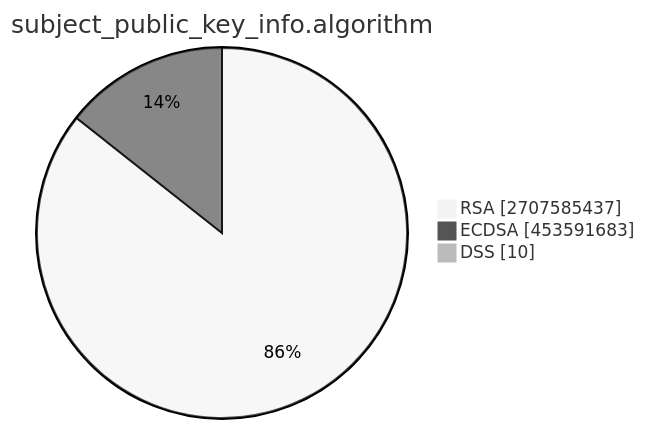
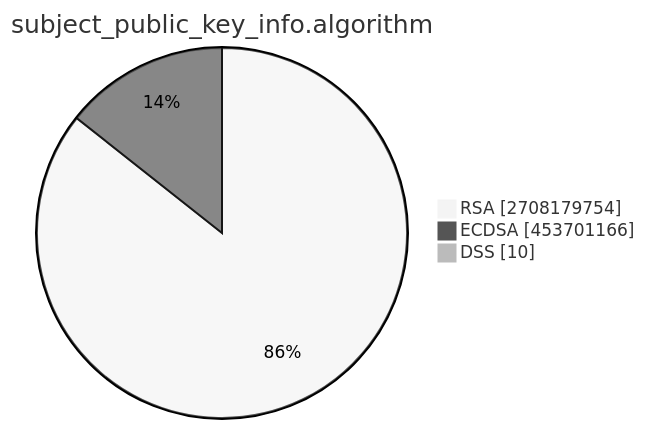
The second of 15 diagrams in TOTAL/README.md (christiankrug/ctmonitor_visualization), drawn with Mermaid (neutral theme) before and after one commit. The commit also changed other lines of this file, not shown here.

````diff
--- a/TOTAL/README.md
+++ b/TOTAL/README.md
@@ -6,7 +6,7 @@
 ```mermaid
 pie showData
 title subject_public_key_info.algorithm
-"RSA" :2707585437
-"ECDSA" :453591683
+"RSA" :2708179754
+"ECDSA" :453701166
 "DSS" :10
 ```
````
